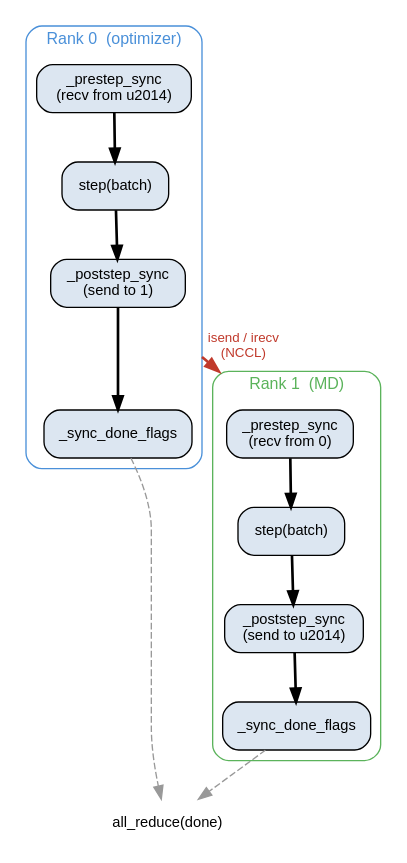
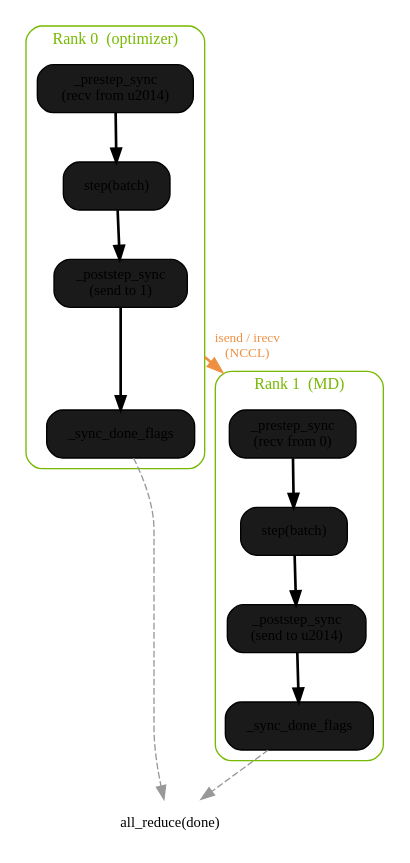
One commit to NVIDIA/nvalchemi-toolkit changed the diagram in docs/modules/dynamics/distributed_pipeline.rst. Above: the diagram before and after it, drawn with Graphviz. The commit also changed other lines of this file and 140 other files, not shown here.

```diff
--- a/docs/modules/dynamics/distributed_pipeline.rst
+++ b/docs/modules/dynamics/distributed_pipeline.rst
@@ -136,49 +136,46 @@
 .. graphviz::
    :caption: Per-step synchronization between two adjacent ranks.
 
    digraph rank_sync {
        rankdir=TB
        compound=true
-       fontname="Helvetica"
-       node [fontname="Helvetica" fontsize=11 shape=box style="rounded,filled" fillcolor="#dce6f1"]
-       edge [fontname="Helvetica" fontsize=10]
+       node [fontsize=11 shape=box style="rounded,filled" fillcolor="#1a1a1a"]
+       edge [fontsize=10]
 
        subgraph cluster_rank0 {
            label="Rank 0  (optimizer)"
            style=rounded
-           color="#4a90d9"
-           fontcolor="#4a90d9"
-           fontname="Helvetica"
+           color="#76b900"
+           fontcolor="#76b900"
            fontsize=12
 
            r0_pre  [label="_prestep_sync\n(recv from \u2014)"]
            r0_step [label="step(batch)"]
            r0_post [label="_poststep_sync\n(send to 1)"]
            r0_done [label="_sync_done_flags"]
 
            r0_pre -> r0_step -> r0_post -> r0_done [style=bold]
        }
 
        subgraph cluster_rank1 {
            label="Rank 1  (MD)"
            style=rounded
-           color="#5bb35b"
-           fontcolor="#5bb35b"
-           fontname="Helvetica"
+           color="#76b900"
+           fontcolor="#76b900"
            fontsize=12
 
            r1_pre  [label="_prestep_sync\n(recv from 0)"]
            r1_step [label="step(batch)"]
            r1_post [label="_poststep_sync\n(send to \u2014)"]
            r1_done [label="_sync_done_flags"]
 
            r1_pre -> r1_step -> r1_post -> r1_done [style=bold]
        }
 
-       r0_post -> r1_pre [label="isend / irecv\n(NCCL)" style=bold color="#c0392b" fontcolor="#c0392b" penwidth=2
+       r0_post -> r1_pre [label="isend / irecv\n(NCCL)" style=bold color="#ee9040" fontcolor="#ee9040" penwidth=2
                            ltail=cluster_rank0 lhead=cluster_rank1]
 
        allreduce [label="all_reduce(done)" shape=plaintext fillcolor=none style=""]
        r0_done -> allreduce [style=dashed color="#999999"]
        r1_done -> allreduce [style=dashed color="#999999"]
    }
```
